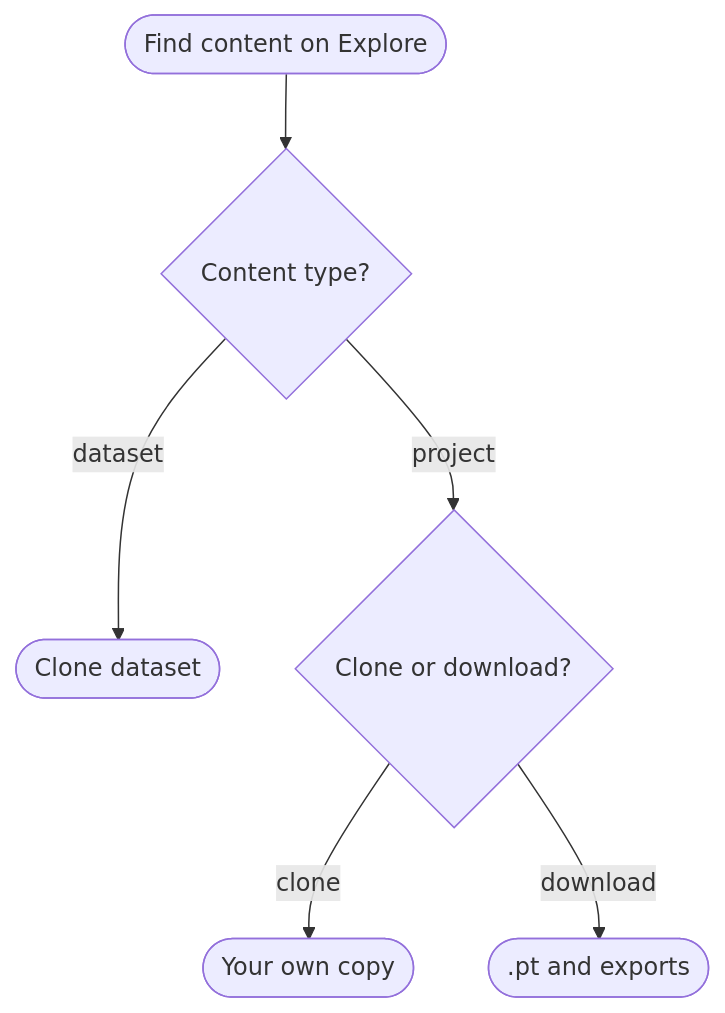
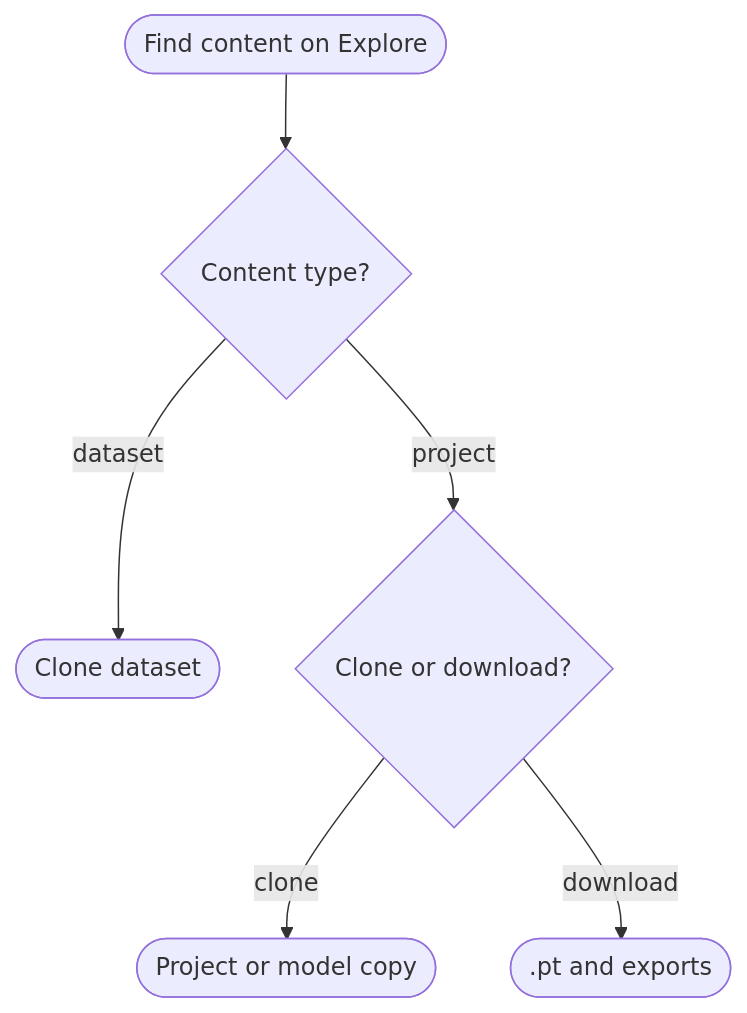
The second of 3 diagrams in docs/en/platform/explore.md (ultralytics/ultralytics), drawn with Mermaid before and after one commit. The commit also changed 10 other files, not shown here.

First line of the commit message:
Fix Mermaid review findings and re-tune diagrams for the dagre layout

````diff
--- a/docs/en/platform/explore.md
+++ b/docs/en/platform/explore.md
@@ -147,8 +147,8 @@
 ```mermaid
 flowchart TD
     A([Find content on Explore]) --> B{Content type?}
     B -->|dataset| C([Clone dataset])
     B -->|project| D{Clone or download?}
-    D -->|clone| E([Your own copy])
+    D -->|clone| E([Project or model copy])
     D -->|download| F([".pt and exports"])
 ```
````
